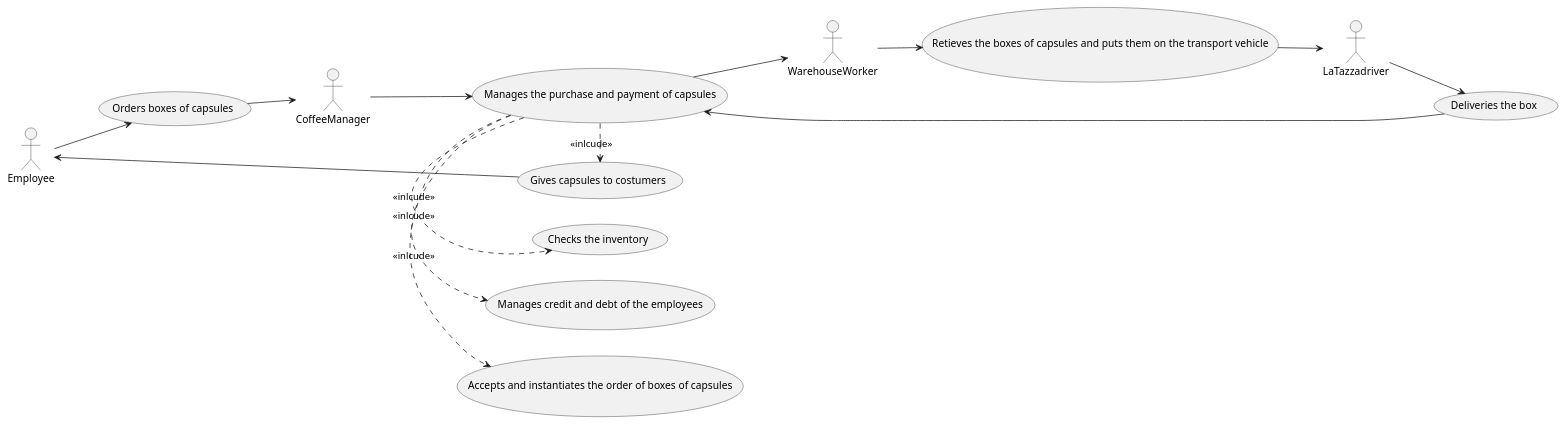
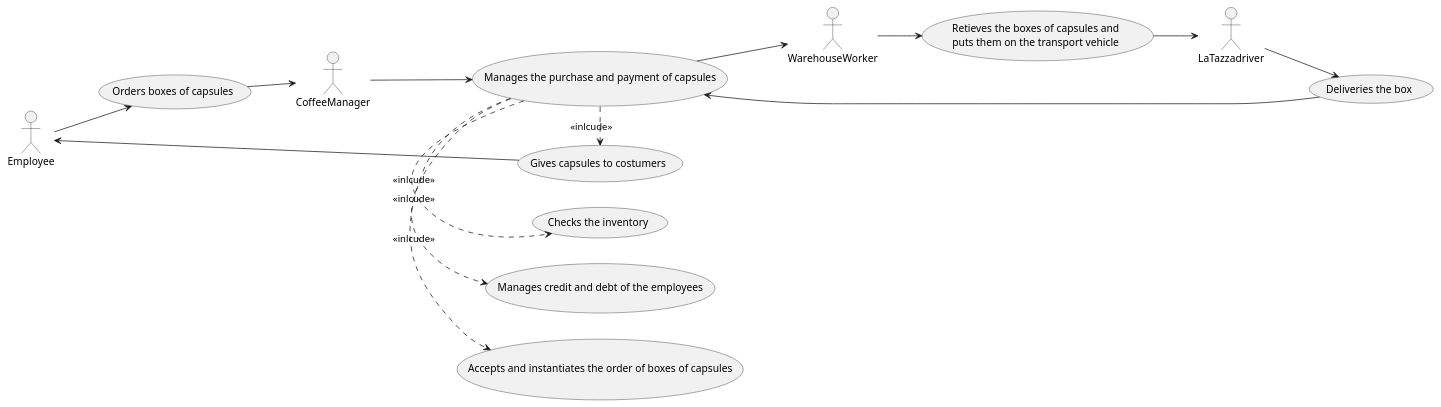
Before and after one commit to salvatore-dimartino/LaTazza: the second of 4 diagrams in templates/RequirementsTemplate.md, drawn with PlantUML.

````diff
--- a/templates/RequirementsTemplate.md
+++ b/templates/RequirementsTemplate.md
@@ -275,29 +275,29 @@
 ```plantuml
 @startuml
 
 left to right direction 
 skinparam packageStyle rectangle
 
 actor CoffeeManager as c
 actor Employee as e
 actor WarehouseWorker as w
 actor LaTazzadriver as d
 
 e --> (Orders boxes of capsules)
 (Orders boxes of capsules) --> c
 c --> (Manages the purchase and payment of capsules)
 (Manages the purchase and payment of capsules) --> w
-w --> (Retieves the boxes of capsules and puts them on the transport vehicle)
-(Retieves the boxes of capsules and puts them on the transport vehicle) --> d
+w --> (Retieves the boxes of capsules and\nputs them on the transport vehicle)
+(Retieves the boxes of capsules and\nputs them on the transport vehicle) --> d
 d --> (Deliveries the box)
 (Deliveries the box) --> (Manages the purchase and payment of capsules)
 
 (Manages the purchase and payment of capsules) .> (Gives capsules to costumers) : <<inlcude>>
 (Manages the purchase and payment of capsules) .> (Accepts and instantiates the order of boxes of capsules) : <<inlcude>>
 (Manages the purchase and payment of capsules) .> (Manages credit and debt of the employees) : <<inlcude>>
 (Manages the purchase and payment of capsules) .> (Checks the inventory) : <<inlcude>>
 
 e <-- (Gives capsules to costumers)
 
 @enduml
 ```
````
